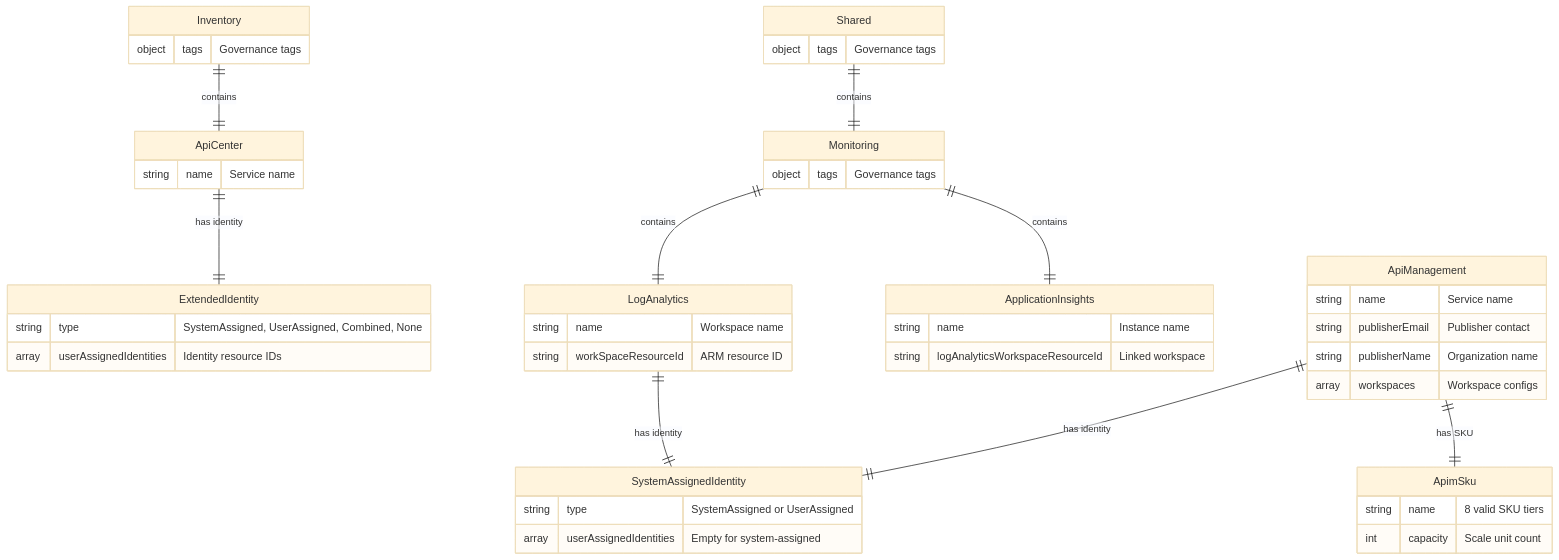
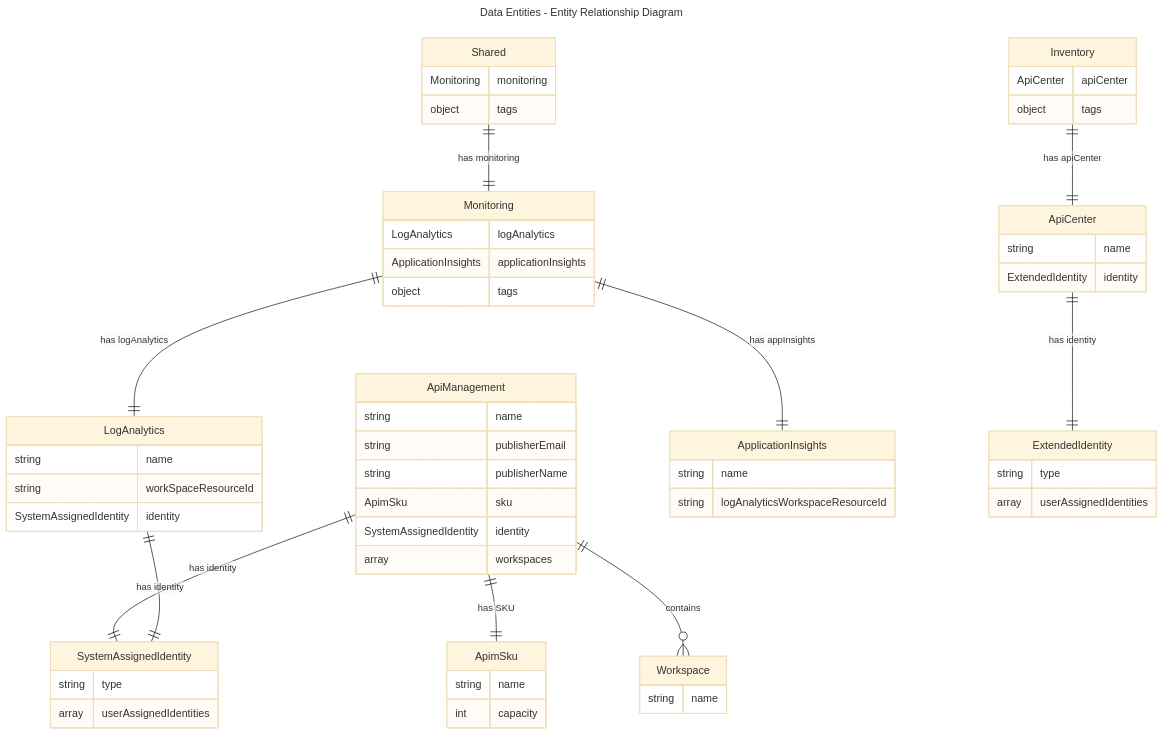
The second of 3 diagrams in docs/architecture/data-architecture.md (Evilazaro/APIM-Accelerator), drawn with Mermaid before and after one commit. The commit also changed other lines of this file, not shown here.

Commit message:
Implement feature X to enhance user experience and fix bug Y in module Z

````diff
--- a/docs/architecture/data-architecture.md
+++ b/docs/architecture/data-architecture.md
@@ -485,77 +445,99 @@
 ```mermaid
 ---
+title: Data Entities - Entity Relationship Diagram
 config:
   theme: base
   look: classic
-  layout: dagre
+  themeVariables:
+    fontSize: "16px"
 ---
 erDiagram
-  accTitle: APIM Accelerator Data Entity Relationships
-  accDescr: Entity relationship diagram showing the Bicep type hierarchy defined in common-types.bicep including identity types, service configuration types, monitoring types, and composite configuration types.
+    accTitle: Data Entities ERD
+    accDescr: Shows the relationships between the 10 Bicep type definitions in common-types.bicep including identity, SKU, monitoring, and composite configuration types
 
-  %% ================================================================
-  %% AZURE / FLUENT v1.1 — Governance Block
-  %% Palette: neutral=#FAFAFA/#8A8886, core=#EFF6FC/#0078D4,
-  %%          success=#DFF6DD/#107C10, warning=#FFF4CE/#FFB900,
-  %%          danger=#FDE7E9/#D13438, data=#F0E6FA/#8764B8,
-  %%          external=#E0F7F7/#038387
-  %% All text: #323130 | Subgraph fill: #F3F2F1, stroke: #8A8886
-  %% ================================================================
+    %% ═══════════════════════════════════════════════════════════════════════════
+    %% AZURE / FLUENT ARCHITECTURE PATTERN v1.1
+    %% (Semantic + Structural + Font + Accessibility Governance)
+    %% ═══════════════════════════════════════════════════════════════════════════
+    %% PHASE 1 - FLUENT UI: All styling uses approved Fluent UI palette only
+    %% PHASE 2 - GROUPS: Every subgraph has semantic color via style directive
+    %% PHASE 3 - COMPONENTS: Every node has semantic classDef + icon prefix
+    %% PHASE 4 - ACCESSIBILITY: accTitle/accDescr present, WCAG AA contrast
+    %% PHASE 5 - STANDARD: Governance block present, classDefs centralized
+    %% ═══════════════════════════════════════════════════════════════════════════
 
-  SystemAssignedIdentity {
-    string type "SystemAssigned or UserAssigned"
-    array userAssignedIdentities "Empty for system-assigned"
-  }
+    ApiManagement ||--|| ApimSku : "has SKU"
+    ApiManagement ||--|| SystemAssignedIdentity : "has identity"
+    ApiManagement ||--o{ Workspace : "contains"
 
-  ExtendedIdentity {
-    string type "SystemAssigned, UserAssigned, Combined, None"
-    array userAssignedIdentities "Identity resource IDs"
-  }
+    Inventory ||--|| ApiCenter : "has apiCenter"
 
-  ApimSku {
-    string name "8 valid SKU tiers"
-    int capacity "Scale unit count"
-  }
+    Monitoring ||--|| LogAnalytics : "has logAnalytics"
+    Monitoring ||--|| ApplicationInsights : "has appInsights"
 
-  LogAnalytics {
-    string name "Workspace name"
-    string workSpaceResourceId "ARM resource ID"
-  }
+    Shared ||--|| Monitoring : "has monitoring"
 
-  ApplicationInsights {
-    string name "Instance name"
-    string logAnalyticsWorkspaceResourceId "Linked workspace"
-  }
+    LogAnalytics ||--|| SystemAssignedIdentity : "has identity"
 
-  ApiManagement {
-    string name "Service name"
-    string publisherEmail "Publisher contact"
-    string publisherName "Organization name"
-    array workspaces "Workspace configs"
-  }
+    ApiCenter ||--|| ExtendedIdentity : "has identity"
 
-  ApiCenter {
-    string name "Service name"
-  }
+    ApiManagement {
+        string name
+        string publisherEmail
+        string publisherName
+        ApimSku sku
+        SystemAssignedIdentity identity
+        array workspaces
+    }
 
-  Monitoring {
-    object tags "Governance tags"
-  }
+    ApimSku {
+        string name
+        int capacity
+    }
 
-  Inventory {
-    object tags "Governance tags"
-  }
+    SystemAssignedIdentity {
+        string type
+        array userAssignedIdentities
+    }
 
-  Shared {
-    object tags "Governance tags"
-  }
+    ExtendedIdentity {
+        string type
+        array userAssignedIdentities
+    }
 
-  LogAnalytics ||--|| SystemAssignedIdentity : "has identity"
-  ApiManagement ||--|| ApimSku : "has SKU"
-  ApiManagement ||--|| SystemAssignedIdentity : "has identity"
-  ApiCenter ||--|| ExtendedIdentity : "has identity"
-  Monitoring ||--|| LogAnalytics : "contains"
-  Monitoring ||--|| ApplicationInsights : "contains"
-  Inventory ||--|| ApiCenter : "contains"
-  Shared ||--|| Monitoring : "contains"
+    LogAnalytics {
+        string name
+        string workSpaceResourceId
+        SystemAssignedIdentity identity
+    }
+
+    ApplicationInsights {
+        string name
+        string logAnalyticsWorkspaceResourceId
+    }
+
+    ApiCenter {
+        string name
+        ExtendedIdentity identity
+    }
+
+    Inventory {
+        ApiCenter apiCenter
+        object tags
+    }
+
+    Monitoring {
+        LogAnalytics logAnalytics
+        ApplicationInsights applicationInsights
+        object tags
+    }
+
+    Shared {
+        Monitoring monitoring
+        object tags
+    }
+
+    Workspace {
+        string name
+    }
 ```
````
